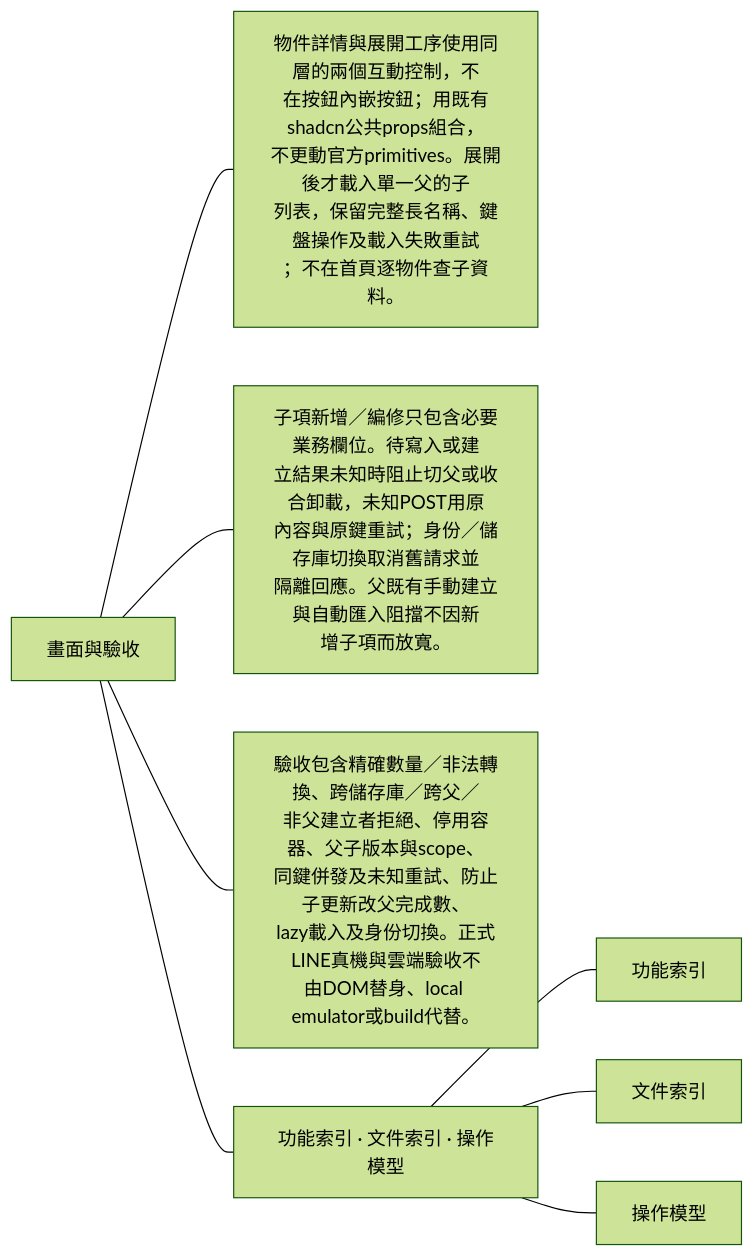
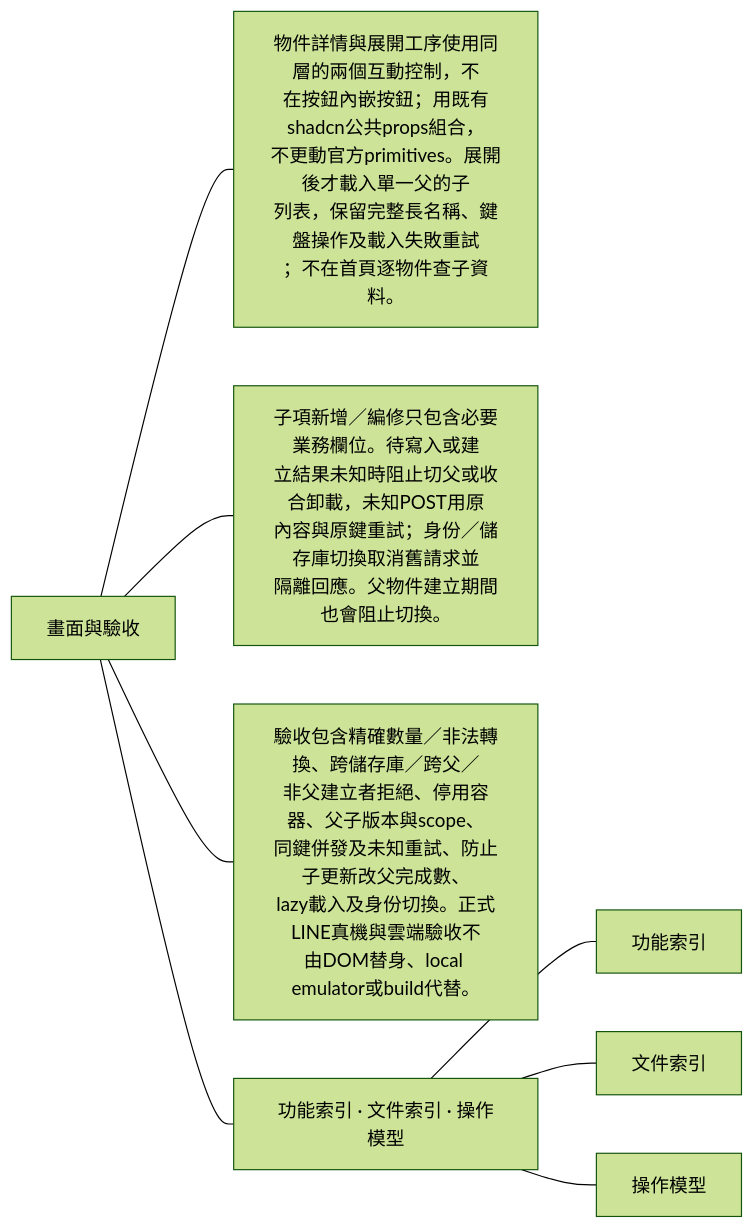
One commit to 963sup/line-mini-app-bot changed the fourth of 4 diagrams in docs/domains/subobject/design.md. Above: the diagram before and after it, drawn with Mermaid (forest theme). The commit also changed other lines of this file and 100 other files, not shown here.

````diff
--- a/docs/domains/subobject/design.md
+++ b/docs/domains/subobject/design.md
@@ -39,14 +39,14 @@
 ```mermaid
 flowchart LR
   h["畫面與驗收"]
   h --- n0["物件詳情與展開工序使用同層的兩個互動控制，不<br/>在按鈕內嵌按鈕；用既有shadcn公共props組合，<br/>不更動官方primitives。展開後才載入單一父的子<br/>列表，保留完整長名稱、鍵盤操作及載入失敗重試<br/>；不在首頁逐物件查子資料。"]
-  h --- n1["子項新增／編修只包含必要業務欄位。待寫入或建<br/>立結果未知時阻止切父或收合卸載，未知POST用原<br/>內容與原鍵重試；身份／儲存庫切換取消舊請求並<br/>隔離回應。父既有手動建立與自動匯入阻擋不因新<br/>增子項而放寬。"]
+  h --- n1["子項新增／編修只包含必要業務欄位。待寫入或建<br/>立結果未知時阻止切父或收合卸載，未知POST用原<br/>內容與原鍵重試；身份／儲存庫切換取消舊請求並<br/>隔離回應。父物件建立期間也會阻止切換。"]
   h --- n2["驗收包含精確數量／非法轉換、跨儲存庫／跨父／<br/>非父建立者拒絕、停用容器、父子版本與scope、<br/>同鍵併發及未知重試、防止子更新改父完成數、<br/>lazy載入及身份切換。正式LINE真機與雲端驗收不<br/>由DOM替身、local emulator或build代替。"]
   h --- n3["功能索引 · 文件索引 · 操作模型"]
   n3 --- n3l0["功能索引"]
   click n3l0 "../README.md"
   n3 --- n3l1["文件索引"]
   click n3l1 "../../README.md"
   n3 --- n3l2["操作模型"]
   click n3l2 "../../architecture/contracts/business-operations.md"
 ```
````
